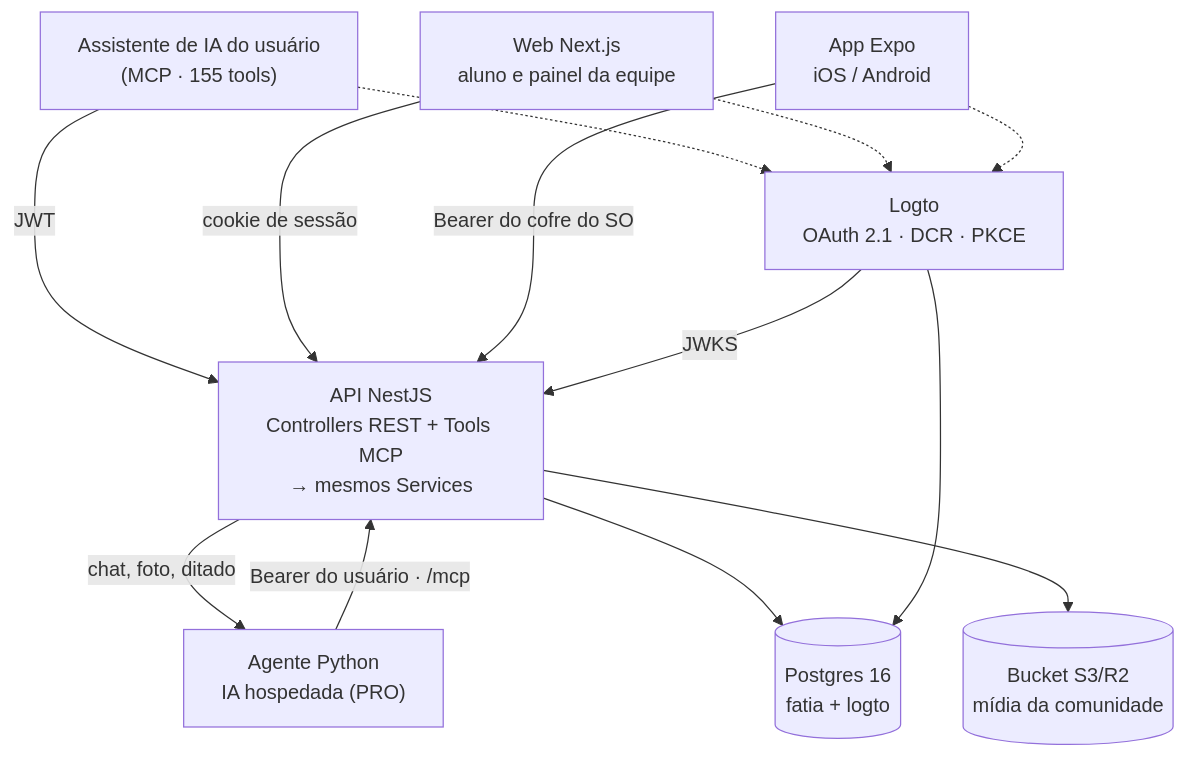
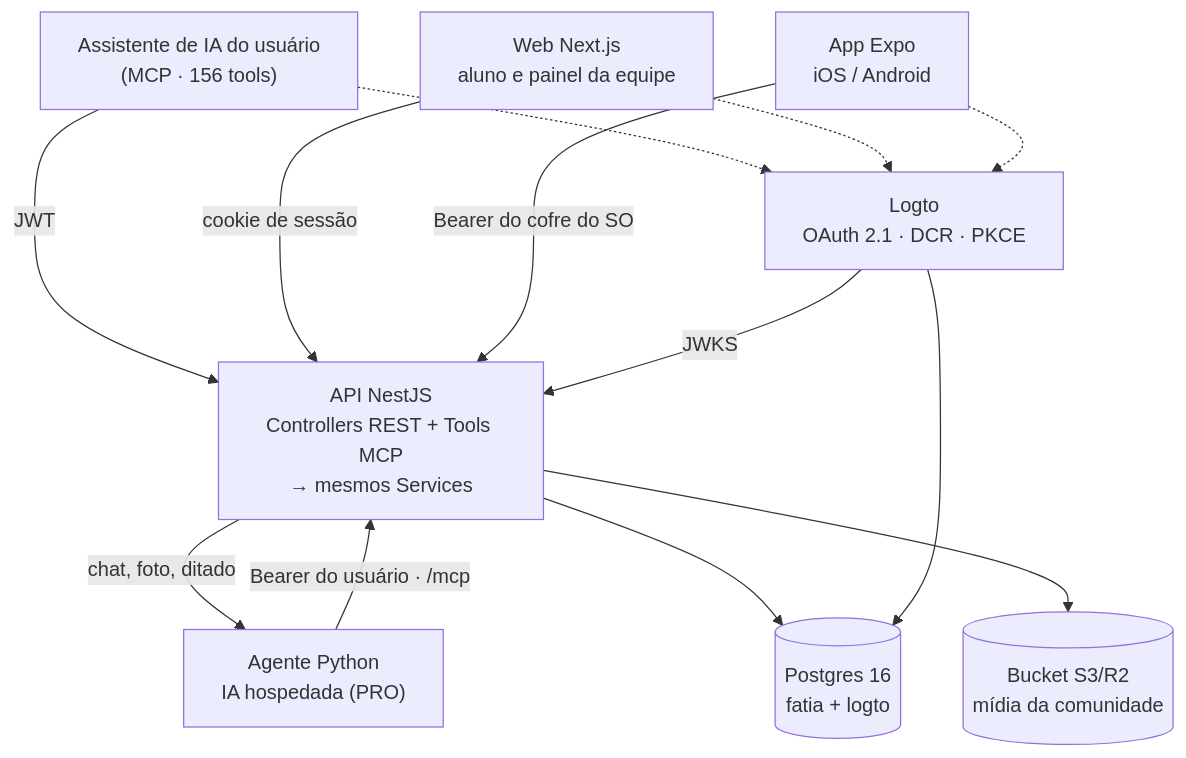
Before and after one commit to ThiagoCarreiraVallim/fatia: the diagram in README.md, drawn with Mermaid. The commit also changed other lines of this file and 13 other files, not shown here.

````diff
--- a/README.md
+++ b/README.md
@@ -33,24 +33,24 @@
 ```mermaid
 flowchart TD
-    claude["Assistente de IA do usuário<br/>(MCP · 155 tools)"]
+    claude["Assistente de IA do usuário<br/>(MCP · 156 tools)"]
     pwa["Web Next.js<br/>aluno e painel da equipe"]
     mobile["App Expo<br/>iOS / Android"]
     agent["Agente Python<br/>IA hospedada (PRO)"]
     logto["Logto<br/>OAuth 2.1 · DCR · PKCE"]
     api["API NestJS<br/>Controllers REST + Tools MCP<br/>→ mesmos Services"]
     pg[("Postgres 16<br/>fatia + logto")]
     s3[("Bucket S3/R2<br/>mídia da comunidade")]
 
     claude -- "JWT" --> api
     pwa -- "cookie de sessão" --> api
     mobile -- "Bearer do cofre do SO" --> api
     api -- "chat, foto, ditado" --> agent
     agent -- "Bearer do usuário · /mcp" --> api
     claude -.-> logto
     pwa -.-> logto
     mobile -.-> logto
     logto -- "JWKS" --> api
     api --> pg
     api --> s3
     logto --> pg
 ```
````
